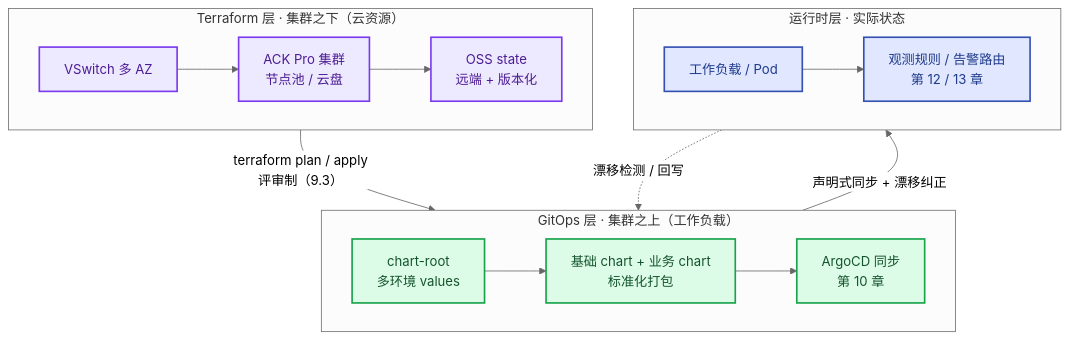
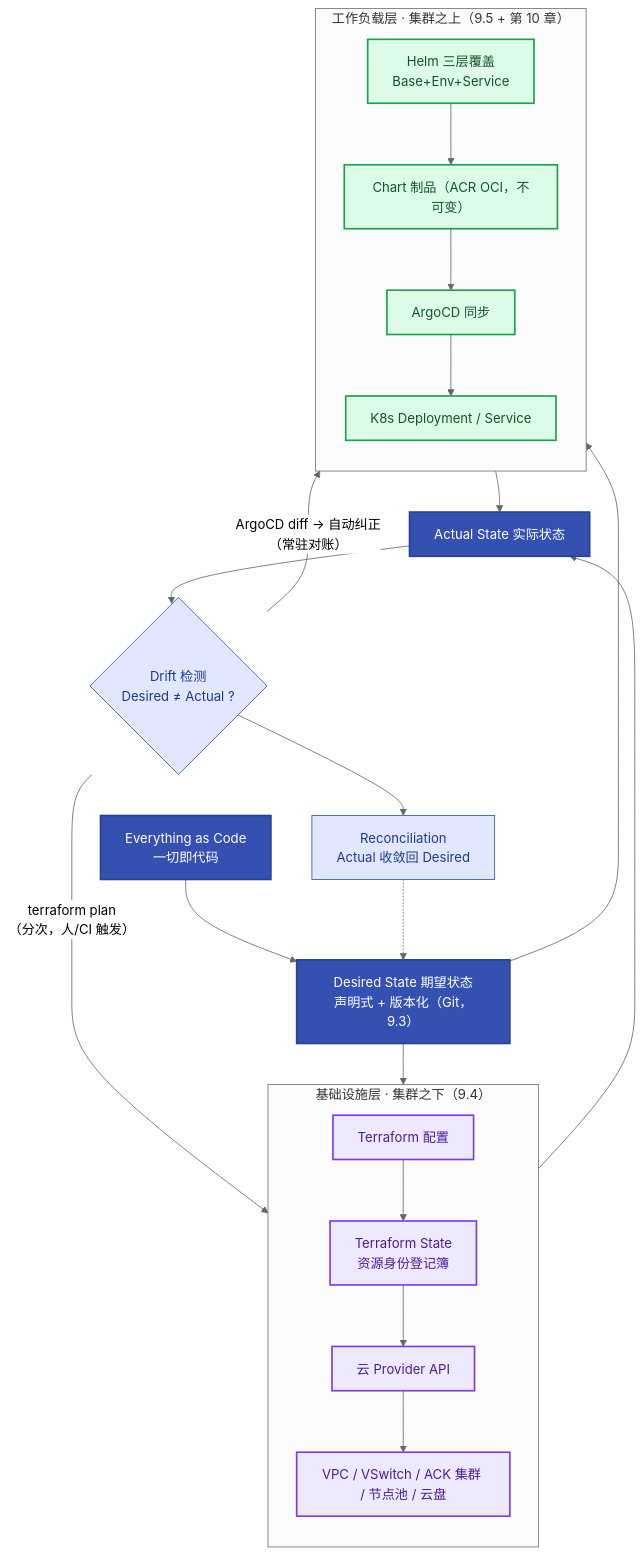
The diagram in docs/09-everything-as-code.md (jackiesre721/ai-native-ops), drawn with Mermaid (neutral theme) before and after one commit. The commit also changed other lines of this file and 22 other files, not shown here.

````diff
--- a/docs/09-everything-as-code.md
+++ b/docs/09-everything-as-code.md
@@ -111,24 +806,35 @@
 ```mermaid
 flowchart TB
-    subgraph TF["Terraform 层 · 集群之下（云资源）"]
-      direction LR
-      VS[VSwitch 多 AZ] --> ACK[ACK Pro 集群<br/>节点池 / 云盘] --> TS[OSS state<br/>远端 + 版本化]
+    EAC["Everything as Code<br/>一切即代码"]
+    DS["Desired State 期望状态<br/>声明式 + 版本化（Git，9.3）"]
+    EAC --> DS
+    subgraph INFRA["基础设施层 · 集群之下（9.4）"]
+      direction TB
+      TF["Terraform 配置"] --> TS["Terraform State<br/>资源身份登记簿"]
+      TS --> CP["云 Provider API"]
+      CP --> CLOUD["VPC / VSwitch / ACK 集群 / 节点池 / 云盘"]
     end
-    subgraph GO["GitOps 层 · 集群之上（工作负载）"]
-      direction LR
-      CR[chart-root<br/>多环境 values] --> PKG[基础 chart + 业务 chart<br/>标准化打包] --> AR[ArgoCD 同步<br/>第 10 章]
+    subgraph WORK["工作负载层 · 集群之上（9.5 + 第 10 章）"]
+      direction TB
+      HC["Helm 三层覆盖<br/>Base+Env+Service"] --> ART["Chart 制品（ACR OCI，不可变）"]
+      ART --> AR["ArgoCD 同步"]
+      AR --> K8S["K8s Deployment / Service"]
     end
-    subgraph RT["运行时层 · 实际状态"]
-      direction LR
-      WL[工作负载 / Pod] --> RU[观测规则 / 告警路由<br/>第 12 / 13 章]
-    end
-    TF -->|terraform plan / apply<br/>评审制（9.3）| GO
-    GO -->|声明式同步 + 漂移纠正| RT
-    RT -.->|漂移检测 / 回写| GO
-    classDef tf fill:#ede9fe,stroke:#7c3aed,color:#4c1d95,stroke-width:2px
-    classDef go fill:#dcfce7,stroke:#16a34a,color:#14532d,stroke-width:2px
-    classDef rt fill:#e0e7ff,stroke:#3451b2,color:#1e3a8a,stroke-width:2px
-    class VS,ACK,TS tf
-    class CR,PKG,AR go
-    class WL,RU rt
+    DS --> INFRA
+    DS --> WORK
+    CLOUD --> ACT["Actual State 实际状态"]
+    K8S --> ACT
+    ACT --> DRIFT{"Drift 检测<br/>Desired ≠ Actual ?"}
+    DRIFT -->|"terraform plan<br/>（分次，人/CI 触发）"| TS
+    DRIFT -->|"ArgoCD diff → 自动纠正<br/>（常驻对账）"| AR
+    DRIFT --> RECON["Reconciliation<br/>Actual 收敛回 Desired"]
+    RECON -.-> DS
+    classDef core fill:#3451b2,color:#fff,stroke:#2a4090,stroke-width:2px
+    classDef infra fill:#ede9fe,stroke:#7c3aed,color:#4c1d95,stroke-width:2px
+    classDef work fill:#dcfce7,stroke:#16a34a,color:#14532d,stroke-width:2px
+    classDef base fill:#e0e7ff,stroke:#3451b2,color:#1e3a8a
+    class EAC,DS,ACT core
+    class TF,TS,CP,CLOUD infra
+    class HC,ART,AR,K8S work
+    class DRIFT,RECON base
 ```
````
